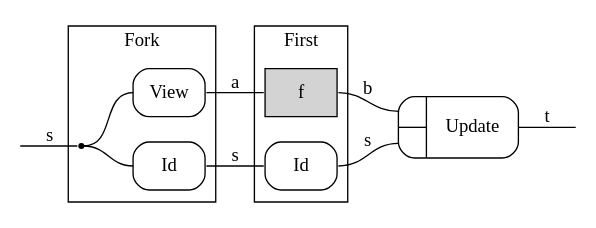
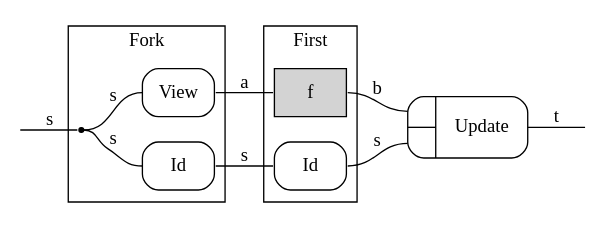
One commit to lemastero/applied-category-theory-reading-club changed the diagram in LensP.dot. Above: the diagram before and after it, drawn with Graphviz. The commit also changed 1 other file, not shown here.

```diff
--- a/LensP.dot
+++ b/LensP.dot
@@ -1,41 +1,41 @@
 digraph LensP {
         compound=true;
         rankdir=LR;
         node [shape="record"];
         node [style="rounded"];
         edge [arrowhead="none"];
 
         in [shape="point"; style="invis"];
 
         subgraph clusterFork {
                 label="Fork";
 
                 ForkIn1 [shape="point"];
 
                 View;
                 Identity [label="Id"];
                 { rank="same"; View; Identity; }
 
-                ForkIn1:e -> View:w;
-                ForkIn1:e -> Identity:w;
+                ForkIn1:e -> View:w [label="s"];
+                ForkIn1:e -> Identity:w [label="s"];
         }
 
         subgraph clusterFirst {
                 label="First";
 
                 f [style="filled"];
                 Identity2 [label="Id"]
         }
 
         Update [label="{{<i1>|<i2>}|Update}"];
 
         out [shape="point"; style="invis"];
 
         in:e -> ForkIn1:w [label="s"];
         View:e -> f:w [label="a"];
         Identity:e -> Identity2:w [label="s"];
         f:e -> Update:i1:w [label="b"];
         Identity2:e -> Update:i2:w [label="s"];
 
         Update:e -> out:w [label="t"];
 }
```
